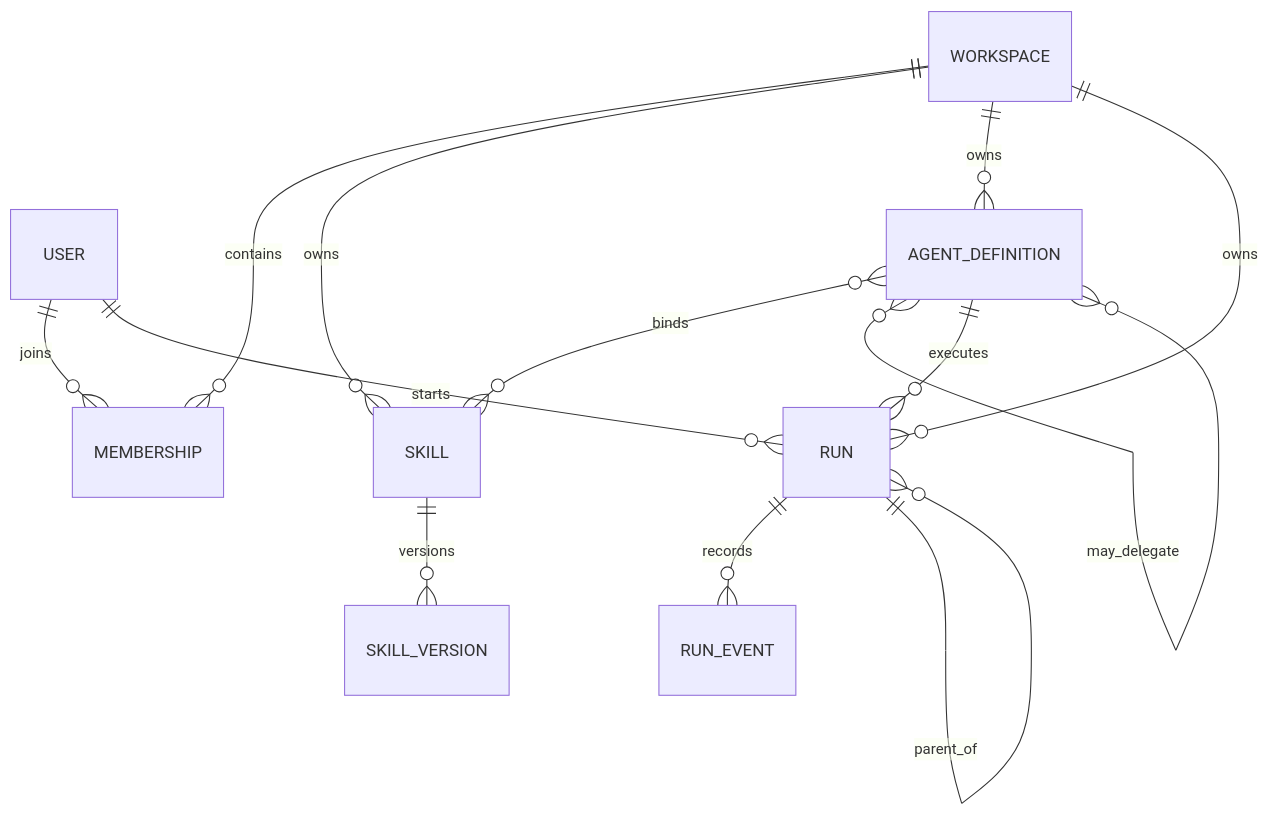
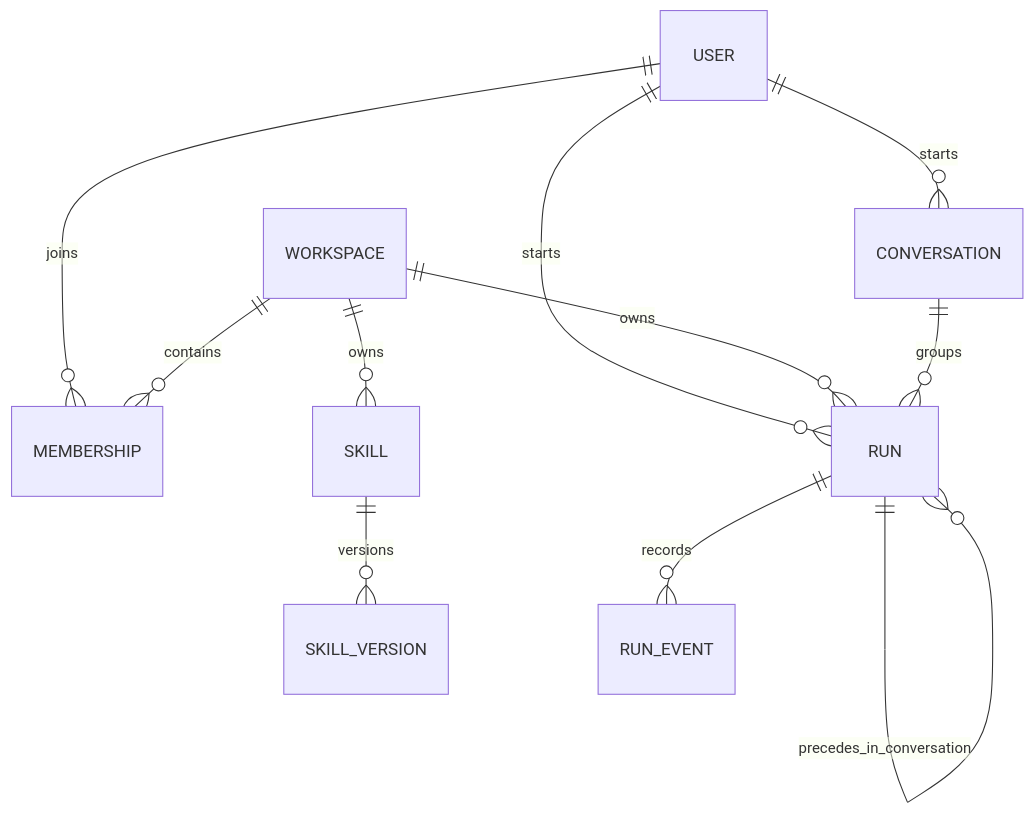
Before and after one commit to jasonzhu0922-sketch/agentloop: the second of 6 diagrams in docs/ARCHITECTURE.md, drawn with Mermaid. The commit also changed other lines of this file and 102 other files, not shown here.

````diff
--- a/docs/ARCHITECTURE.md
+++ b/docs/ARCHITECTURE.md
@@ -78,15 +75,13 @@
 ```mermaid
 erDiagram
   USER ||--o{ MEMBERSHIP : joins
   WORKSPACE ||--o{ MEMBERSHIP : contains
   WORKSPACE ||--o{ SKILL : owns
   SKILL ||--o{ SKILL_VERSION : versions
-  WORKSPACE ||--o{ AGENT_DEFINITION : owns
-  AGENT_DEFINITION }o--o{ SKILL : binds
-  AGENT_DEFINITION }o--o{ AGENT_DEFINITION : may_delegate
+  USER ||--o{ CONVERSATION : starts
   USER ||--o{ RUN : starts
   WORKSPACE ||--o{ RUN : owns
-  AGENT_DEFINITION ||--o{ RUN : executes
+  CONVERSATION ||--o{ RUN : groups
   RUN ||--o{ RUN_EVENT : records
-  RUN ||--o{ RUN : parent_of
+  RUN ||--o{ RUN : precedes_in_conversation
 ```
````
